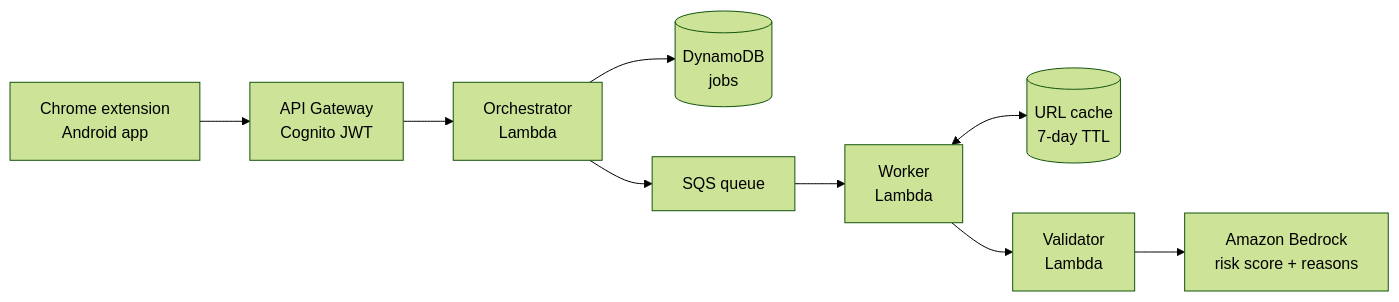
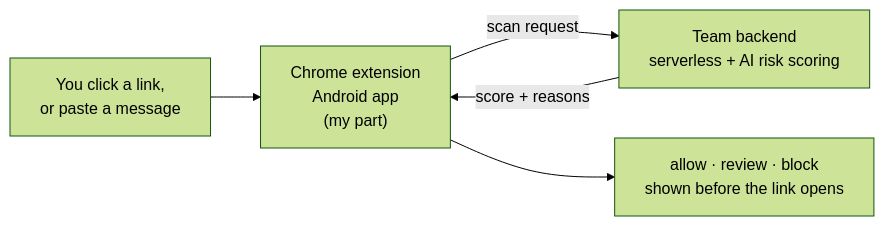
The second of 3 diagrams in README.md (1240826/1240826), drawn with Mermaid (forest theme) before and after one commit. The commit also changed other lines of this file and 1 other file, not shown here.

````diff
--- a/README.md
+++ b/README.md
@@ -67,11 +67,7 @@
 ```mermaid
 flowchart LR
-    C["Chrome extension<br/>Android app"] --> G["API Gateway<br/>Cognito JWT"]
-    G --> O["Orchestrator<br/>Lambda"]
-    O --> J[("DynamoDB<br/>jobs")]
-    O --> Q["SQS queue"]
-    Q --> W["Worker<br/>Lambda"]
-    W <--> K[("URL cache<br/>7-day TTL")]
-    W --> V["Validator<br/>Lambda"]
-    V --> B["Amazon Bedrock<br/>risk score + reasons"]
+    U["You click a link,<br/>or paste a message"] --> C["Chrome extension<br/>Android app<br/>(my part)"]
+    C -->|"scan request"| B["Team backend<br/>serverless + AI risk scoring"]
+    B -->|"score + reasons"| C
+    C --> R["allow · review · block<br/>shown before the link opens"]
 ```
````
